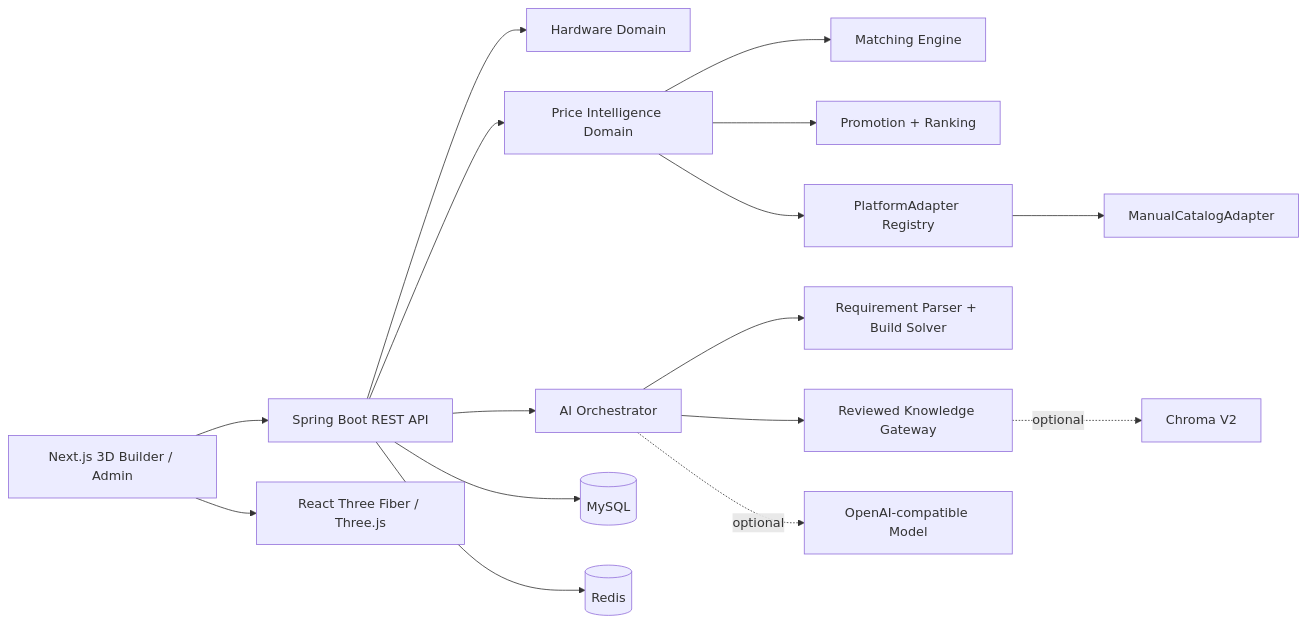
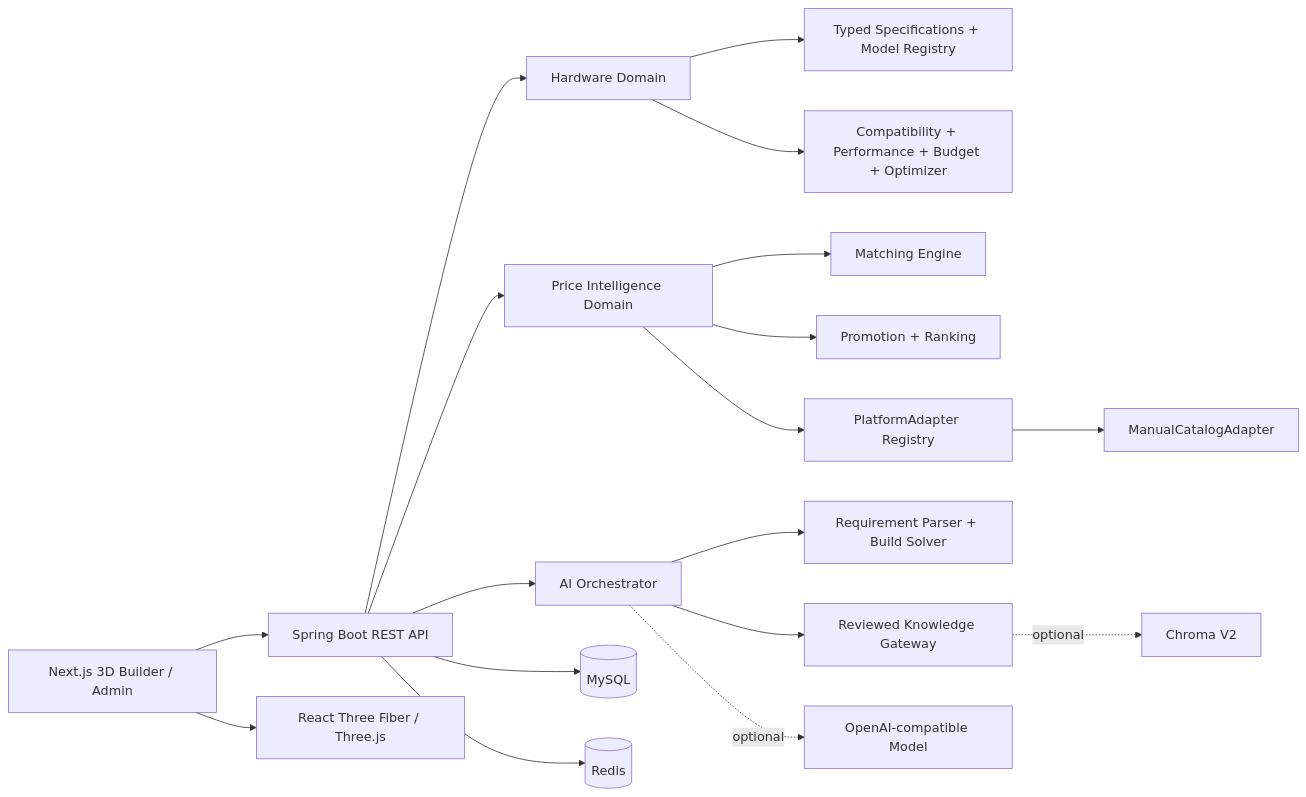
One commit to TONGTONG7720/computer-3d changed the diagram in README.md. Above: the diagram before and after it, drawn with Mermaid. The commit also changed other lines of this file and 17 other files, not shown here.

````diff
--- a/README.md
+++ b/README.md
@@ -36,18 +42,20 @@
 ```mermaid
 flowchart LR
   UI["Next.js 3D Builder / Admin"] --> API["Spring Boot REST API"]
   API --> HW["Hardware Domain"]
+  HW --> FACTS["Typed Specifications + Model Registry"]
+  HW --> INTEL["Compatibility + Performance + Budget + Optimizer"]
   API --> PRICE["Price Intelligence Domain"]
   PRICE --> MATCH["Matching Engine"]
   PRICE --> RANK["Promotion + Ranking"]
   PRICE --> ADAPTER["PlatformAdapter Registry"]
   ADAPTER --> MANUAL["ManualCatalogAdapter"]
   API --> AI["AI Orchestrator"]
   AI --> RULES["Requirement Parser + Build Solver"]
   AI --> KNOWLEDGE["Reviewed Knowledge Gateway"]
   AI -. optional .-> LLM["OpenAI-compatible Model"]
   KNOWLEDGE -. optional .-> VECTOR["Chroma V2"]
   API --> DB[("MySQL")]
   API --> CACHE[("Redis")]
   UI --> THREE["React Three Fiber / Three.js"]
 ```
````
